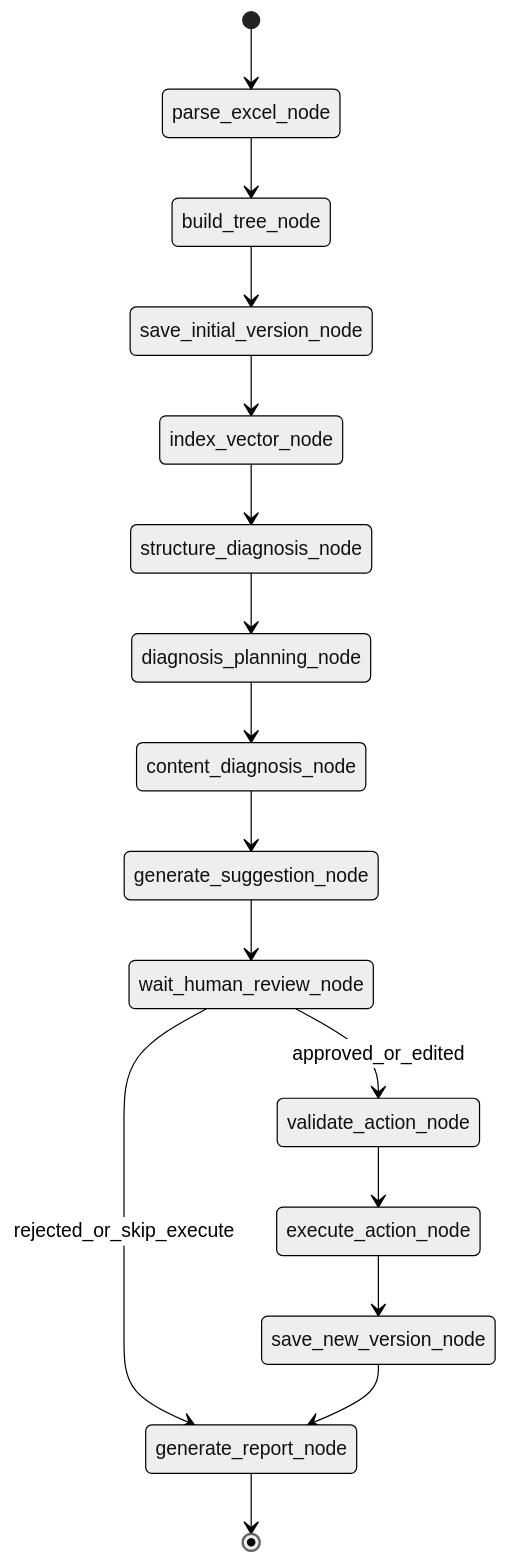
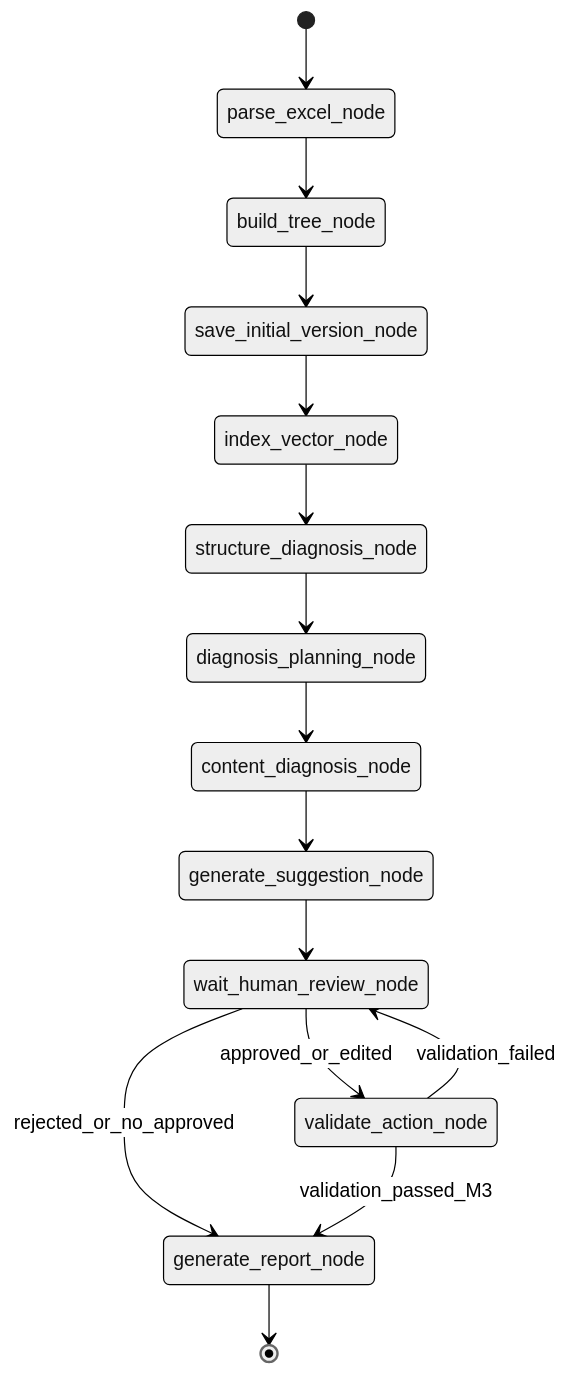
One commit to nagyan78/SystemMaintenanceAgent changed the second of 2 diagrams in dev-doc/10_LangGraph智能体工作流开发设计.md. Above: the diagram before and after it, drawn with Mermaid (neutral theme). The commit also changed other lines of this file and 29 other files, not shown here.

````diff
--- a/dev-doc/10_LangGraph智能体工作流开发设计.md
+++ b/dev-doc/10_LangGraph智能体工作流开发设计.md
@@ -348,18 +348,17 @@
 ```mermaid
 stateDiagram-v2
     [*] --> parse_excel_node
     parse_excel_node --> build_tree_node
     build_tree_node --> save_initial_version_node
     save_initial_version_node --> index_vector_node
     index_vector_node --> structure_diagnosis_node
     structure_diagnosis_node --> diagnosis_planning_node
     diagnosis_planning_node --> content_diagnosis_node
     content_diagnosis_node --> generate_suggestion_node
     generate_suggestion_node --> wait_human_review_node
     wait_human_review_node --> validate_action_node: approved_or_edited
-    wait_human_review_node --> generate_report_node: rejected_or_skip_execute
-    validate_action_node --> execute_action_node
-    execute_action_node --> save_new_version_node
-    save_new_version_node --> generate_report_node
+    wait_human_review_node --> generate_report_node: rejected_or_no_approved
+    validate_action_node --> wait_human_review_node: validation_failed
+    validate_action_node --> generate_report_node: validation_passed_M3
     generate_report_node --> [*]
 ```
````
